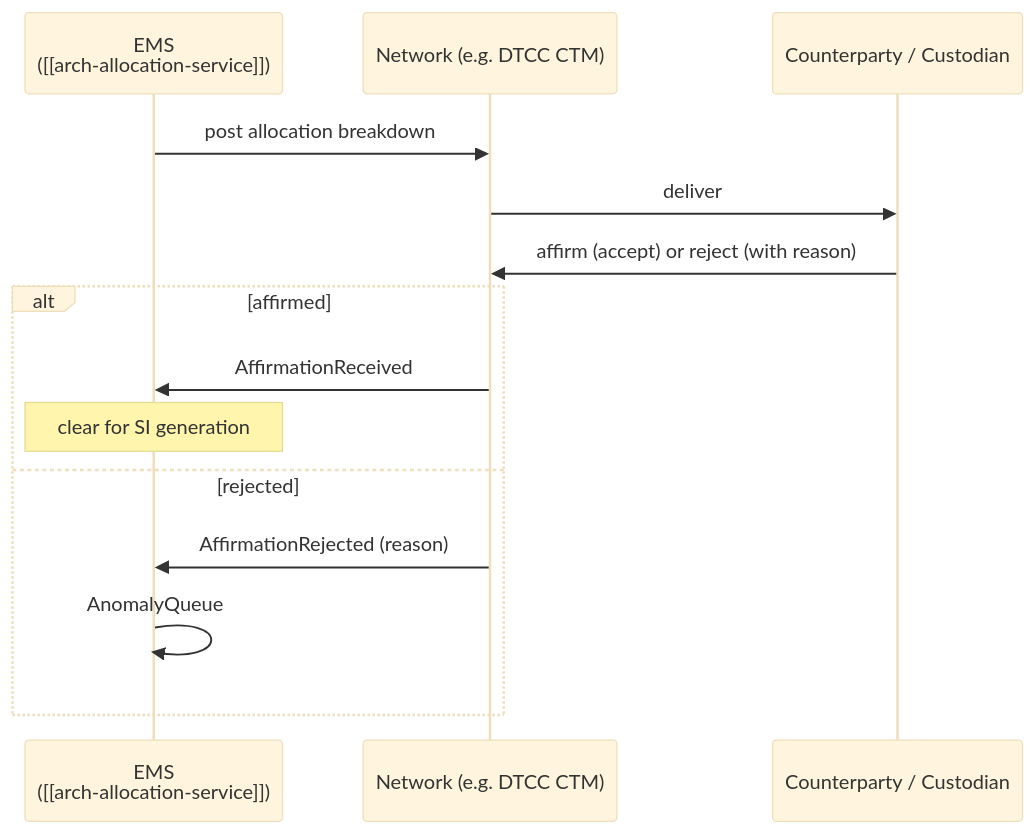
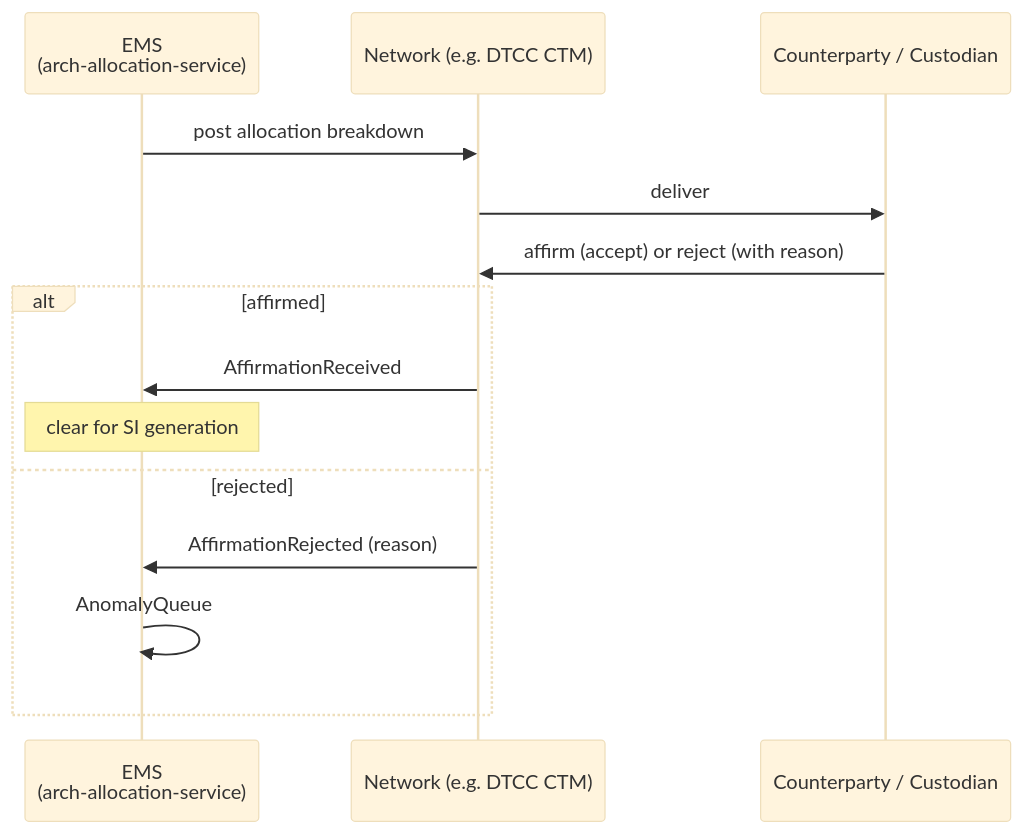
Before and after one commit to yksi7417/cross_asset_ems: the third of 3 diagrams in 80_architecture/arch-confirmation-affirmation.md, drawn with Mermaid (base theme). The commit also changed other lines of this file and 39 other files, not shown here.

First line of the commit message:
fix: strip Obsidian wikilinks from Mermaid blocks (Quartz render bug)

````diff
--- a/80_architecture/arch-confirmation-affirmation.md
+++ b/80_architecture/arch-confirmation-affirmation.md
@@ -107,17 +107,17 @@
 ```mermaid
 sequenceDiagram
-  participant E as EMS<br/>([[arch-allocation-service]])
+  participant E as EMS<br/>(arch-allocation-service)
   participant N as Network (e.g. DTCC CTM)
   participant C as Counterparty / Custodian
 
   E->>N: post allocation breakdown
   N->>C: deliver
   C->>N: affirm (accept) or reject (with reason)
   alt affirmed
     N->>E: AffirmationReceived
     Note over E: clear for SI generation
   else rejected
     N->>E: AffirmationRejected (reason)
     E->>E: AnomalyQueue
   end
 ```
````
